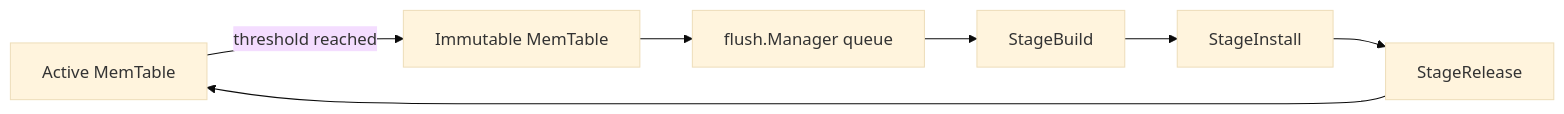
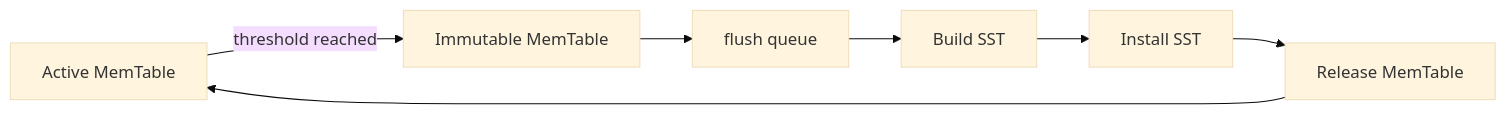
Before and after one commit to feichai0017/NoKV: the diagram in docs/flush.md, drawn with Mermaid (base theme). The commit also changed other lines of this file and 24 other files, not shown here.

````diff
--- a/docs/flush.md
+++ b/docs/flush.md
@@ -18,12 +18,12 @@
 ```mermaid
 flowchart LR
     Active[Active MemTable]
     Immutable[Immutable MemTable]
-    FlushQ[flush.Manager queue]
-    Build[StageBuild]
-    Install[StageInstall]
-    Release[StageRelease]
+    FlushQ[flush queue]
+    Build[Build SST]
+    Install[Install SST]
+    Release[Release MemTable]
 
     Active -->|threshold reached| Immutable --> FlushQ
     FlushQ --> Build --> Install --> Release --> Active
 ```
````
